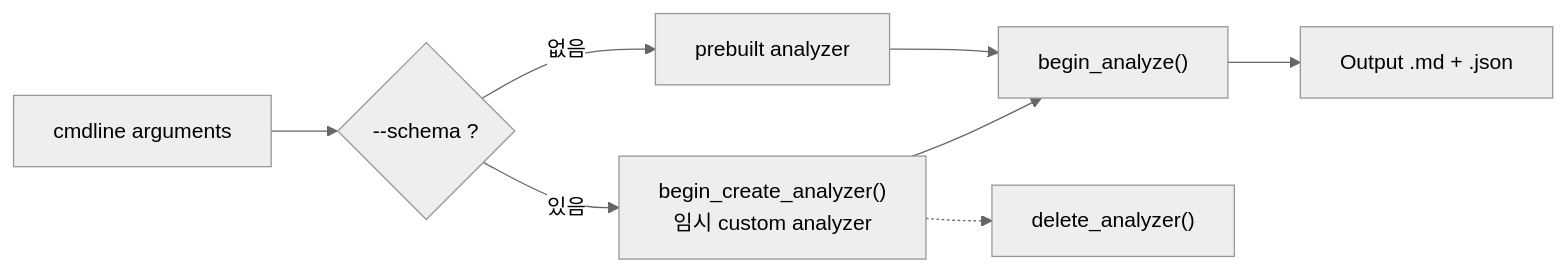
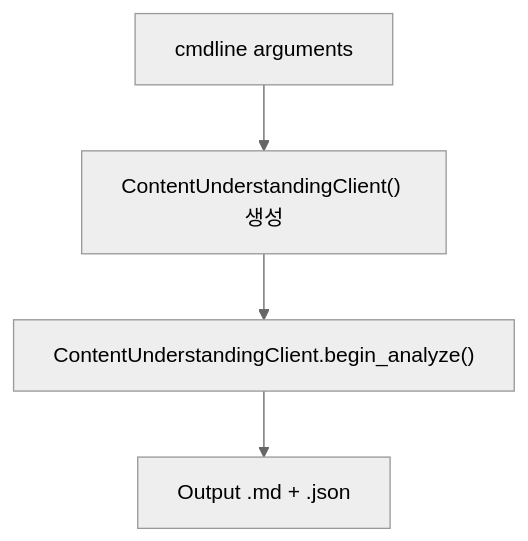
Before and after one commit to ivorycloud1013/lab-azure-hol-ai-services: the ninth of 12 diagrams in python/README.md, drawn with Mermaid. The commit also changed other lines of this file and 2 other files, not shown here.

Commit message:
refactor: content-understanding 의 custom analyzer·processing-location 과 knowledge 의 --filter 제거

````diff
--- a/python/README.md
+++ b/python/README.md
@@ -382,11 +380,5 @@
 ```mermaid
 %%{init: {"theme": "neutral"}}%%
-flowchart LR
-    USER["cmdline arguments"] --> DEC{"--schema ?"}
-    DEC -- "없음" --> PRE["prebuilt analyzer"]
-    DEC -- "있음" --> CUS["begin_create_analyzer() </br> 임시 custom analyzer"]
-    PRE --> RUN["begin_analyze()"]
-    CUS --> RUN
-    RUN --> OUT["Output .md + .json"]
-    CUS -.-> DEL["delete_analyzer()"]
+flowchart TB
+    USER["cmdline arguments"] --> PRE["ContentUnderstandingClient() 생성"] --> RUN["ContentUnderstandingClient.begin_analyze()"] --> OUT["Output .md + .json"]
 ```
````
